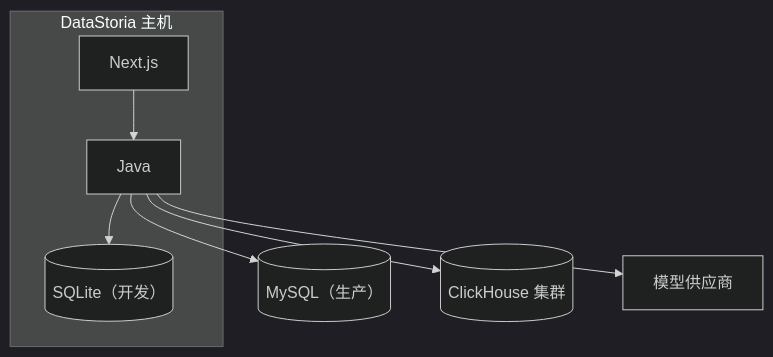
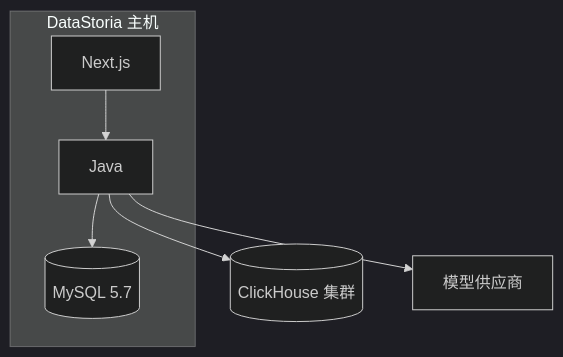
Before and after one commit to CCweixiao/datastoria-server: the fourth of 4 diagrams in docs/architecture/overview.md, drawn with Mermaid (dark theme). The commit also changed other lines of this file and 177 other files, not shown here.

````diff
--- a/docs/architecture/overview.md
+++ b/docs/architecture/overview.md
@@ -103,16 +104,14 @@
 ```mermaid
 flowchart TB
     subgraph Host["DataStoria 主机"]
       F["Next.js"]
       J["Java"]
-      D[("SQLite（开发）")]
+      D[("MySQL 5.7")]
       F --> J
       J --> D
     end
-    M[("MySQL（生产）")]
     C[("ClickHouse 集群")]
     P["模型供应商"]
-    J --> M
     J --> C
     J --> P
 ```
````
